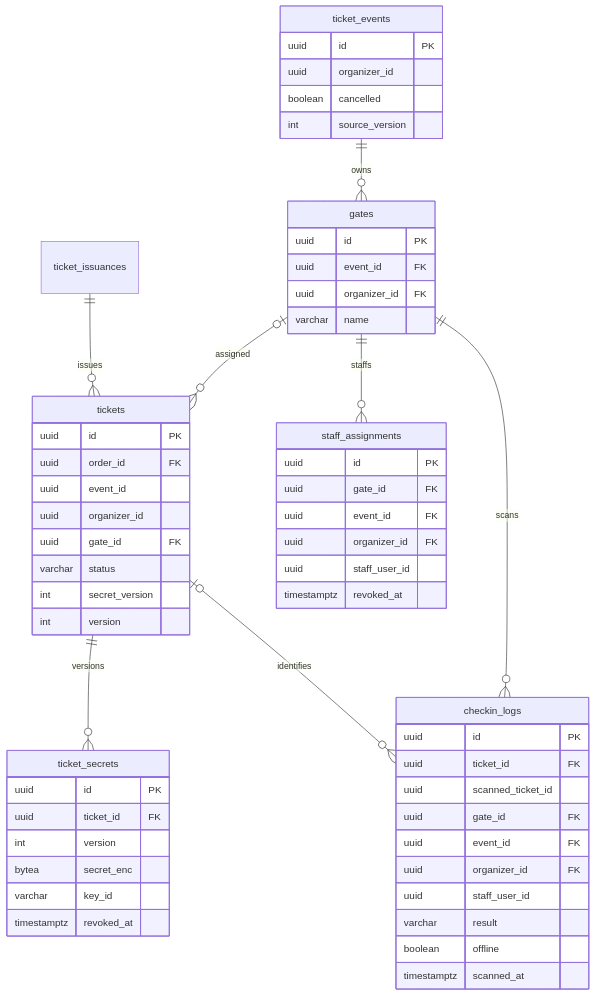
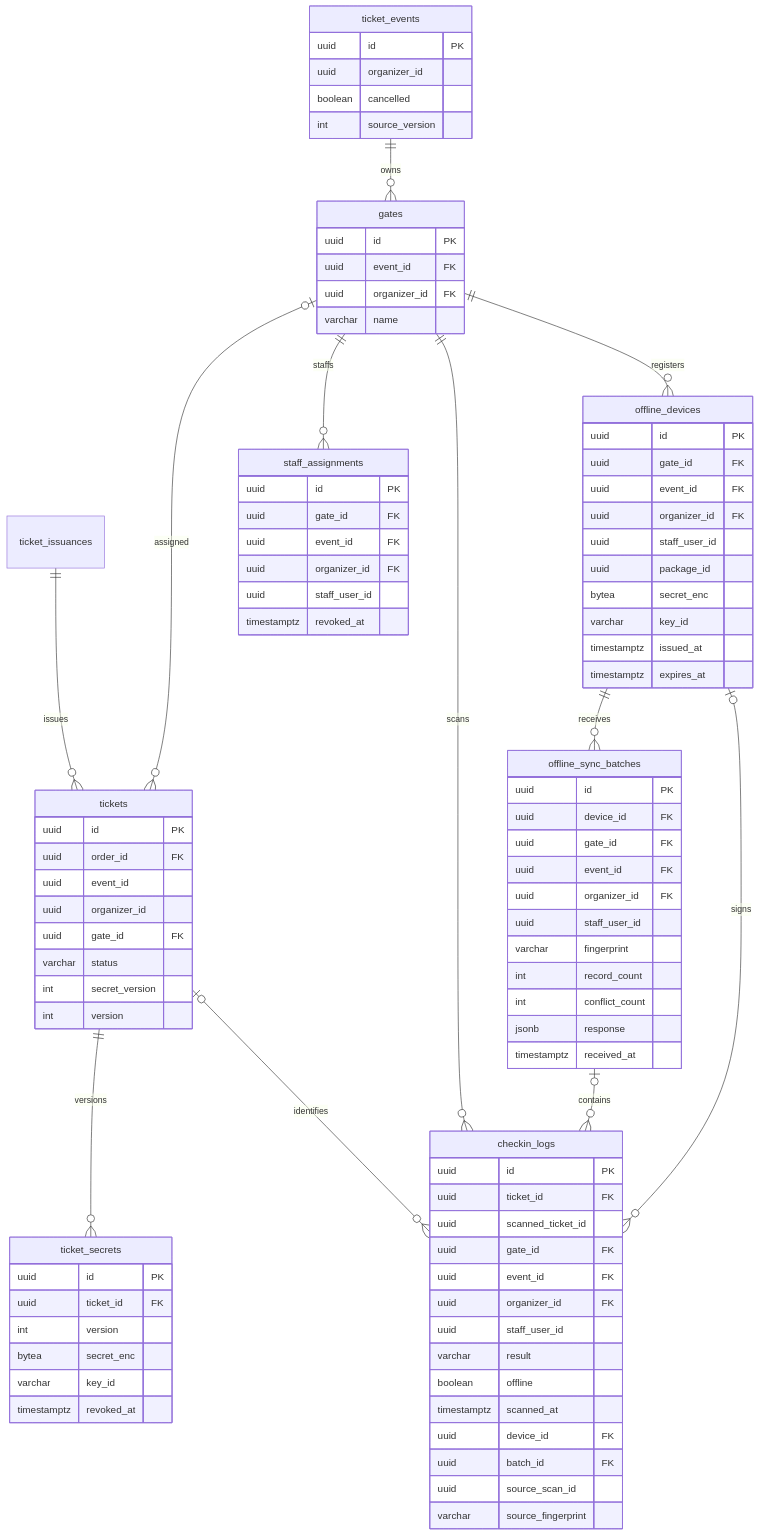
The diagram in docs/erd/ticket.md (tvangx/VENTIX), drawn with Mermaid before and after one commit. The commit also changed other lines of this file and 24 other files, not shown here.

Commit message:
feat(ticket): verify signed offline scan batches and return revocations

````diff
--- a/docs/erd/ticket.md
+++ b/docs/erd/ticket.md
@@ -9,6 +9,10 @@
   gates ||--o{ staff_assignments : staffs
   gates ||--o{ checkin_logs : scans
   tickets o|--o{ checkin_logs : identifies
+  gates ||--o{ offline_devices : registers
+  offline_devices ||--o{ offline_sync_batches : receives
+  offline_devices o|--o{ checkin_logs : signs
+  offline_sync_batches o|--o{ checkin_logs : contains
   tickets {
     uuid id PK
     uuid order_id FK
@@ -58,5 +62,34 @@
     varchar result
     boolean offline
     timestamptz scanned_at
+    uuid device_id FK
+    uuid batch_id FK
+    uuid source_scan_id
+    varchar source_fingerprint
+  }
+  offline_devices {
+    uuid id PK
+    uuid gate_id FK
+    uuid event_id FK
+    uuid organizer_id FK
+    uuid staff_user_id
+    uuid package_id
+    bytea secret_enc
+    varchar key_id
+    timestamptz issued_at
+    timestamptz expires_at
+  }
+  offline_sync_batches {
+    uuid id PK
+    uuid device_id FK
+    uuid gate_id FK
+    uuid event_id FK
+    uuid organizer_id FK
+    uuid staff_user_id
+    varchar fingerprint
+    int record_count
+    int conflict_count
+    jsonb response
+    timestamptz received_at
   }
 ```
````
